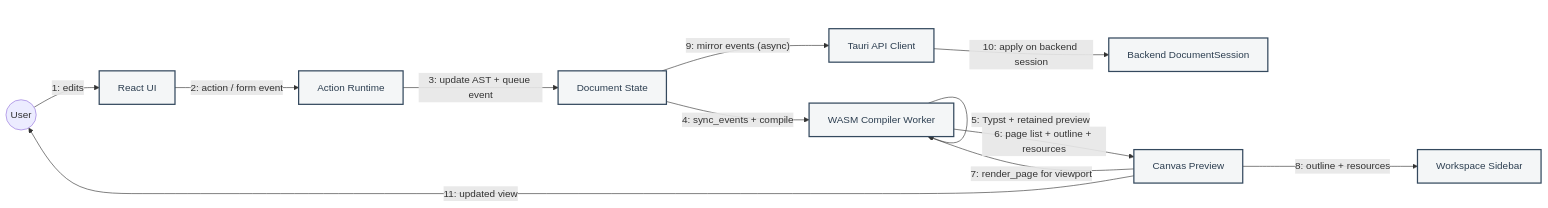
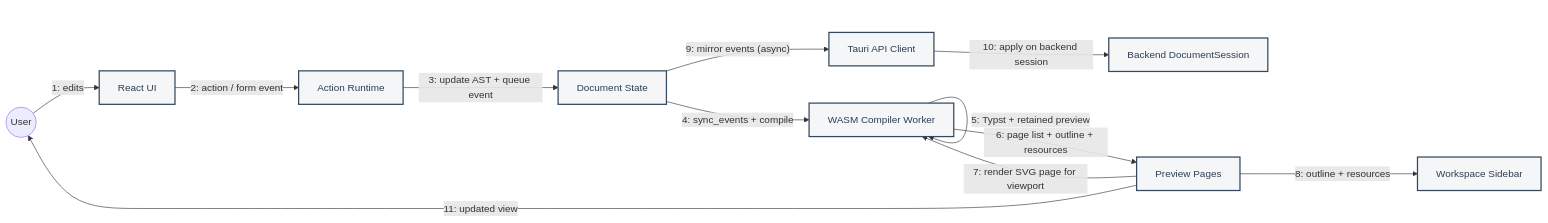
One commit to andmoreduro/ergo changed the diagram in context/collaboration-diagrams.md. Above: the diagram before and after it, drawn with Mermaid. The commit also changed 115 other files, not shown here.

````diff
--- a/context/collaboration-diagrams.md
+++ b/context/collaboration-diagrams.md
@@ -7,28 +7,28 @@
 ```mermaid
 flowchart LR
     classDef comp fill:#f4f6f7,stroke:#34495e,stroke-width:2px,color:#2c3e50;
 
     User(("User"))
     UI["React UI"]
     Actions["Action Runtime"]
     State["Document State"]
     Worker["WASM Compiler Worker"]
-    Preview["Canvas Preview"]
+    Preview["Preview Pages"]
     Sidebar["Workspace Sidebar"]
     API["Tauri API Client"]
     Session["Backend DocumentSession"]
 
     User -- "1: edits" --> UI
     UI -- "2: action / form event" --> Actions
     Actions -- "3: update AST + queue event" --> State
     State -- "4: sync_events + compile" --> Worker
     Worker -- "5: Typst + retained preview" --> Worker
     Worker -- "6: page list + outline + resources" --> Preview
-    Preview -- "7: render_page for viewport" --> Worker
+    Preview -- "7: render SVG page for viewport" --> Worker
     Preview -- "8: outline + resources" --> Sidebar
     State -- "9: mirror events (async)" --> API
     API -- "10: apply on backend session" --> Session
     Preview -- "11: updated view" --> User
 
     class UI,Actions,State,Worker,Preview,Sidebar,API,Session comp;
 ```
````
